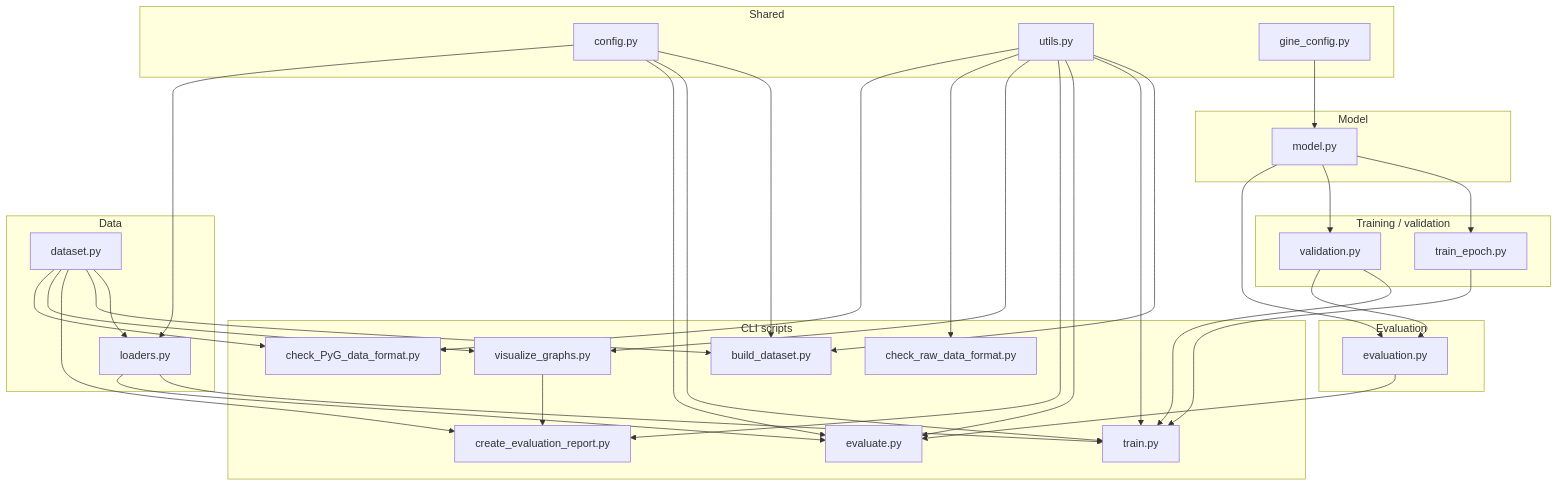
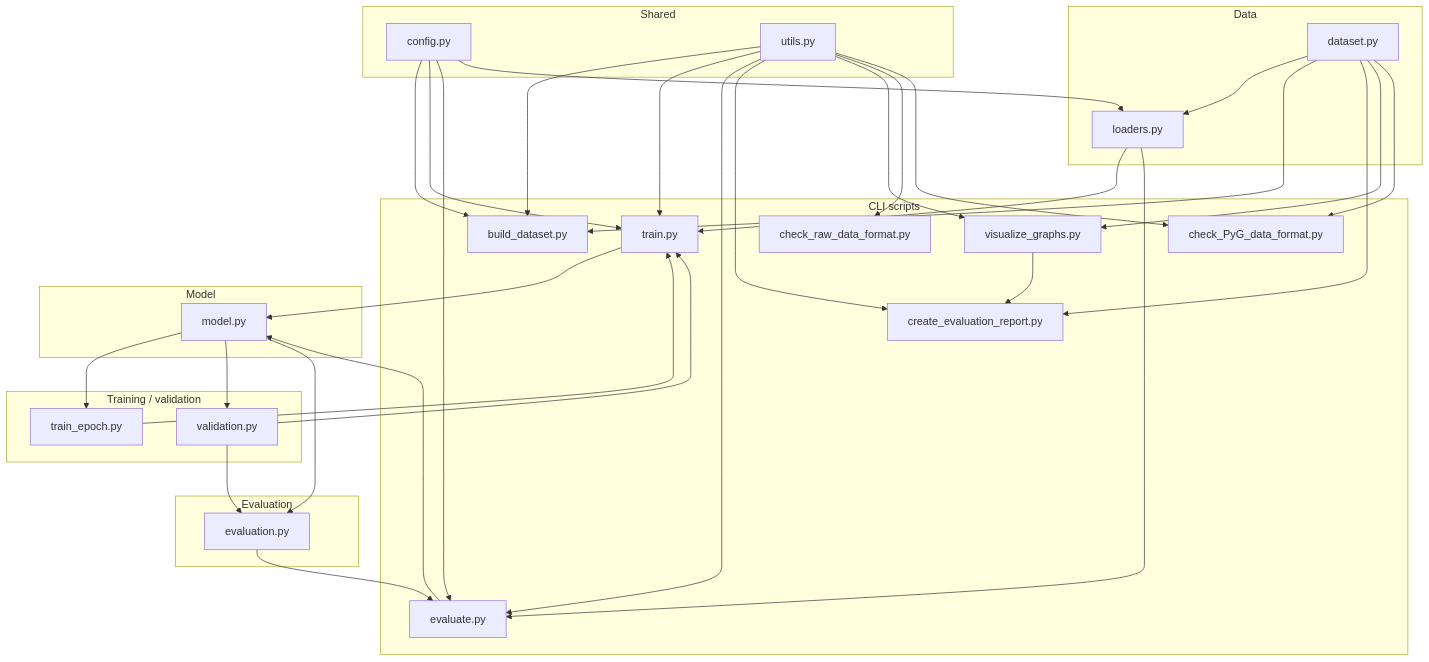
Before and after one commit to mananoreboton/gnn_gine_mprov3: the second of 2 diagrams in README.md, drawn with Mermaid. The commit also changed other lines of this file and 12 other files, not shown here.

````diff
--- a/README.md
+++ b/README.md
@@ -124,64 +126,64 @@
 ```mermaid
 flowchart TB
     subgraph cli [CLI scripts]
         BuildScript[build_dataset.py]
         TrainScript[train.py]
         EvalScript[evaluate.py]
         ReportScript[create_evaluation_report.py]
         VizScript[visualize_graphs.py]
         CheckInScript[check_raw_data_format.py]
         CheckOutScript[check_PyG_data_format.py]
     end
 
     subgraph shared [Shared]
         Config[config.py]
         Utils[utils.py]
-        GineConfig[gine_config.py]
     end
 
     subgraph data_layer [Data]
         Dataset[dataset.py]
         Loaders[loaders.py]
     end
 
     subgraph model_layer [Model]
         Model[model.py]
     end
 
     subgraph train_logic [Training / validation]
         TrainEpoch[train_epoch.py]
         Validation[validation.py]
     end
 
     subgraph eval_logic [Evaluation]
         Evaluation[evaluation.py]
     end
 
     Config --> BuildScript
     Config --> TrainScript
     Config --> EvalScript
     Config --> Loaders
     Utils --> BuildScript
     Utils --> TrainScript
     Utils --> EvalScript
     Utils --> ReportScript
     Utils --> VizScript
     Utils --> CheckInScript
     Utils --> CheckOutScript
-    GineConfig --> Model
+    TrainScript --> Model
+    EvalScript --> Model
     Dataset --> Loaders
     Dataset --> BuildScript
     Loaders --> TrainScript
     Loaders --> EvalScript
     Model --> TrainEpoch
     Model --> Validation
     Model --> Evaluation
     TrainEpoch --> TrainScript
     Validation --> TrainScript
     Validation --> Evaluation
     Evaluation --> EvalScript
     Dataset --> ReportScript
     Dataset --> VizScript
     VizScript --> ReportScript
     Dataset --> CheckOutScript
 ```
````
